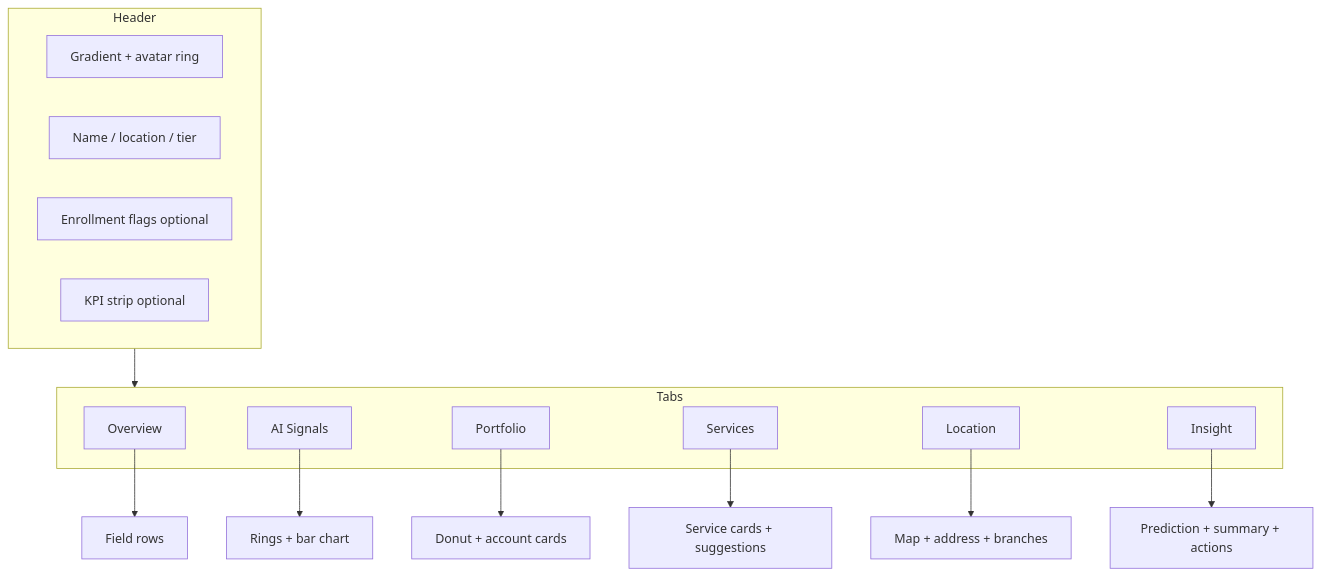
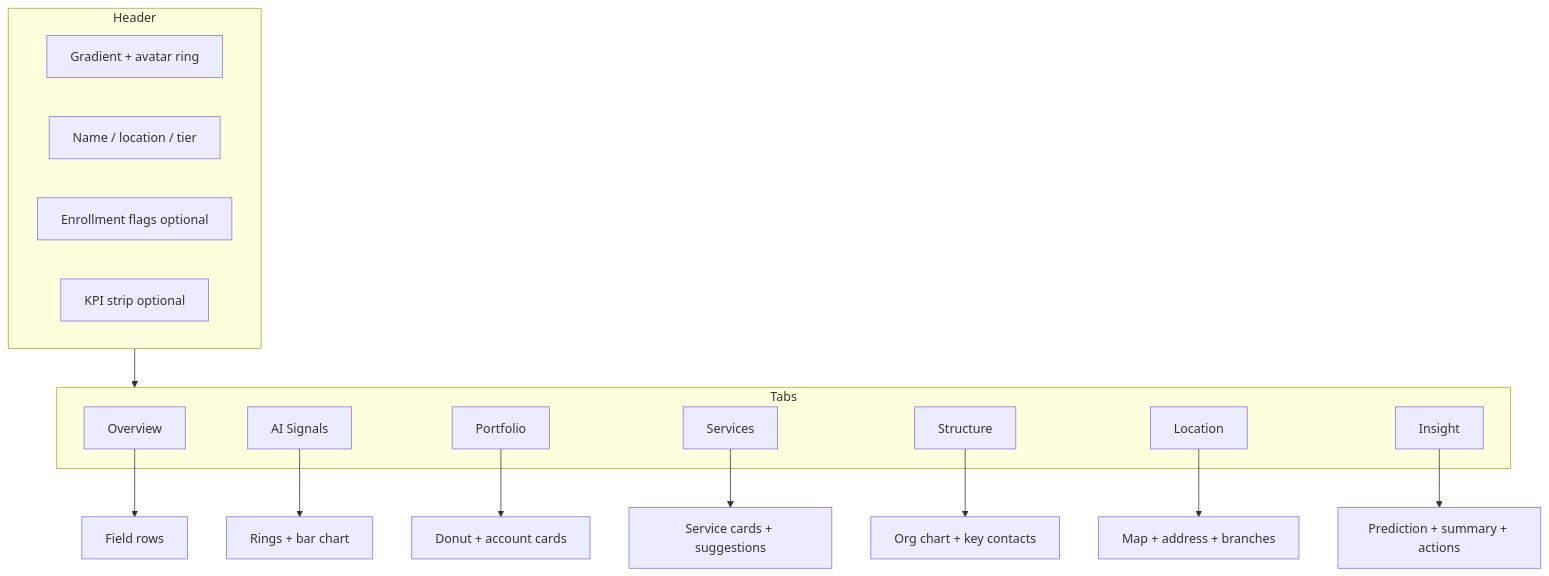
Before and after one commit to josers18/JDO: the second of 2 diagrams in DC_PersonProfileWidget/docs/ARCHITECTURE.md, drawn with Mermaid. The commit also changed other lines of this file and 51 other files, not shown here.

First line of the commit message:
Docs: Customer profile flow/SOQL mapping; full Business profile docs; monorepo index

````diff
--- a/DC_PersonProfileWidget/docs/ARCHITECTURE.md
+++ b/DC_PersonProfileWidget/docs/ARCHITECTURE.md
@@ -89,24 +92,26 @@
 ```mermaid
 flowchart TB
     subgraph Header
         H1[Gradient + avatar ring]
         H2[Name / location / tier]
         H3[Enrollment flags optional]
         H4[KPI strip optional]
     end
     subgraph Tabs
         T1[Overview]
         T2[AI Signals]
         T3[Portfolio]
         T4[Services]
-        T5[Location]
-        T6[Insight]
+        T5[Structure]
+        T6[Location]
+        T7[Insight]
     end
     Header --> Tabs
     T1 --> F1[Field rows]
     T2 --> F2[Rings + bar chart]
     T3 --> F3[Donut + account cards]
     T4 --> F4[Service cards + suggestions]
-    T5 --> F5[Map + address + branches]
-    T6 --> F6[Prediction + summary + actions]
+    T5 --> F5[Org chart + key contacts]
+    T6 --> F6[Map + address + branches]
+    T7 --> F7[Prediction + summary + actions]
 ```
````
